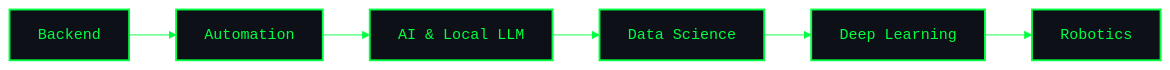
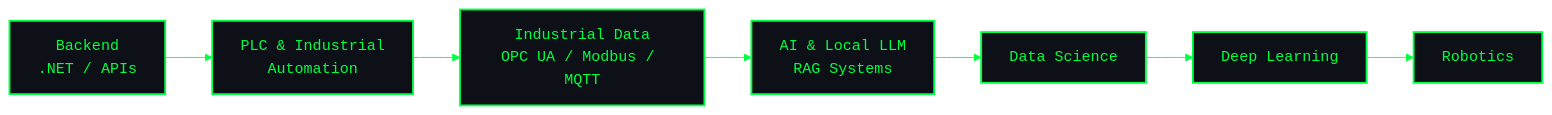
The diagram in README.md (beratoz/beratoz), drawn with Mermaid before and after one commit. The commit also changed other lines of this file, not shown here.

````diff
--- a/README.md
+++ b/README.md
@@ -53,12 +60,13 @@
 ```mermaid
 graph LR
-  A[Backend] --> B[Automation]
-  B --> C[AI & Local LLM]
-  C --> D[Data Science]
-  D --> E[Deep Learning]
-  E --> F[Robotics]
-  
+  A["Backend<br/>.NET / APIs"] --> B["PLC & Industrial<br/>Automation"]
+  B --> C["Industrial Data<br/>OPC UA / Modbus / MQTT"]
+  C --> D["AI & Local LLM<br/>RAG Systems"]
+  D --> E["Data Science"]
+  E --> F["Deep Learning"]
+  F --> G["Robotics"]
+
   classDef matrix fill:#0d1117,stroke:#00FF41,stroke-width:2px,color:#00FF41,font-family:monospace;
-  class A,B,C,D,E,F matrix;
+  class A,B,C,D,E,F,G matrix;
   linkStyle default stroke:#00FF41,stroke-width:1px;
 ```
````
